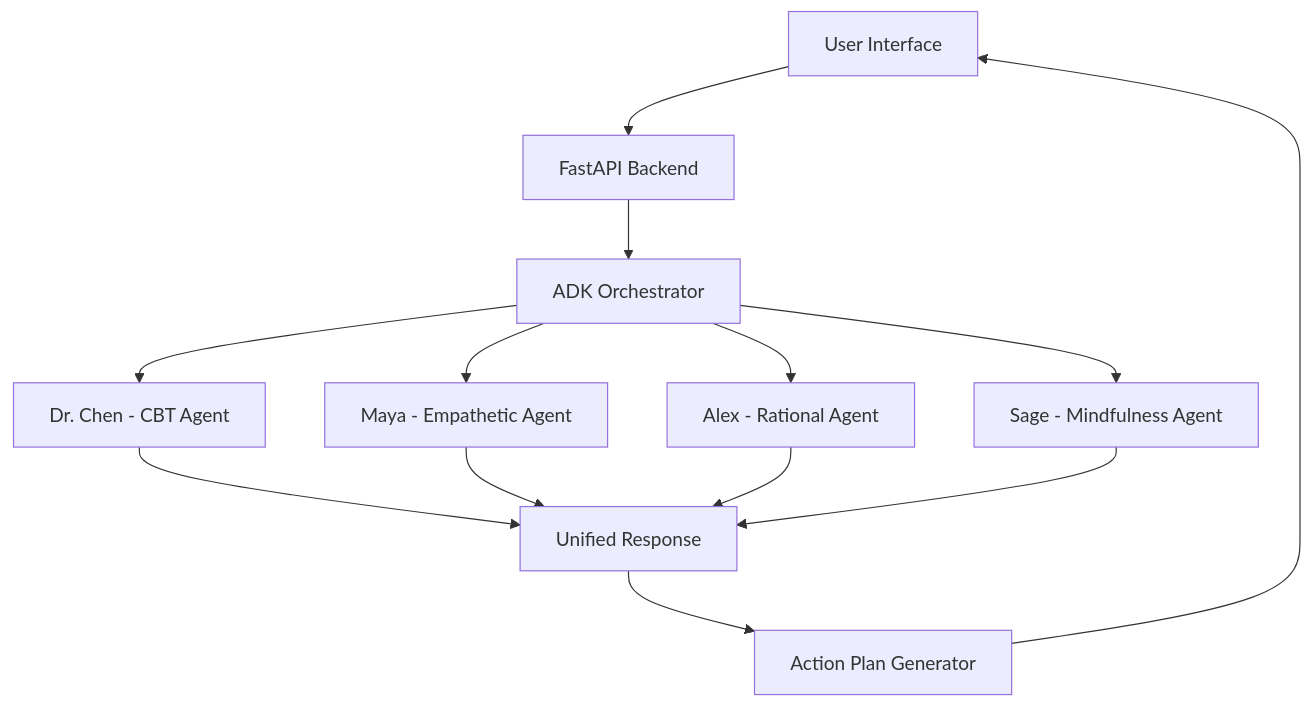
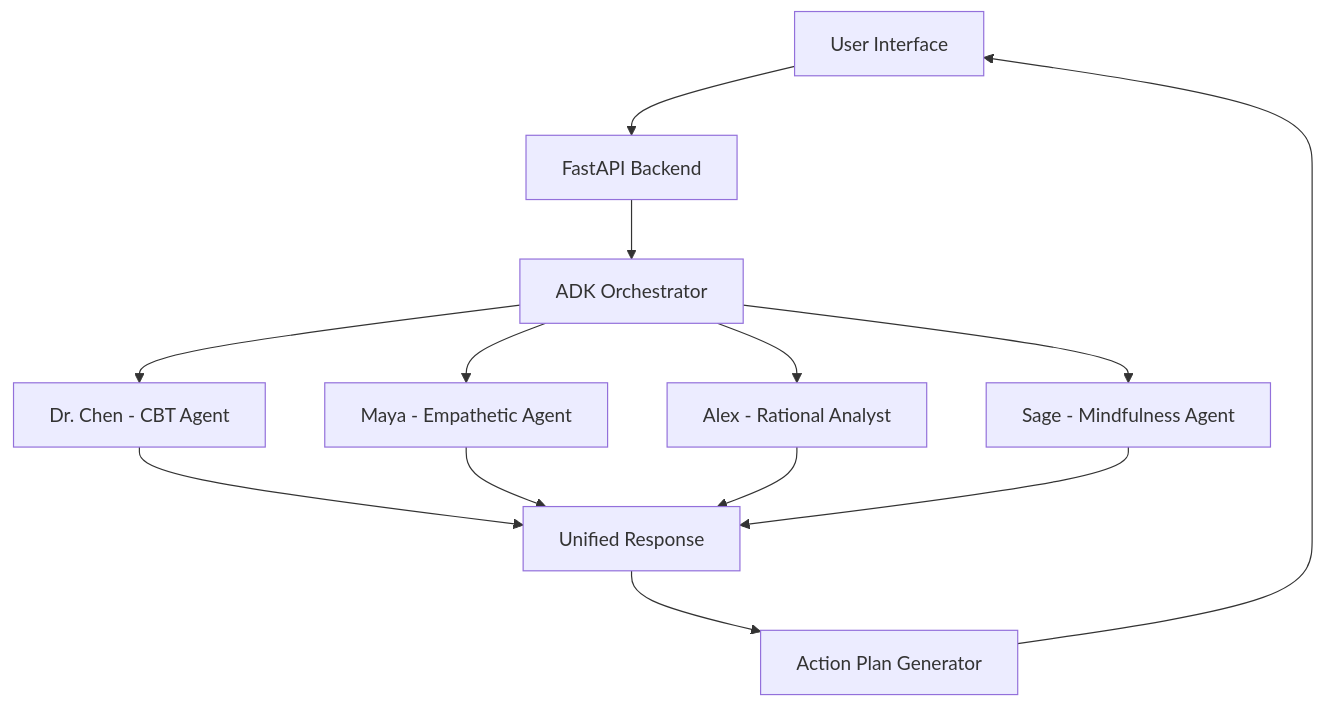
One commit to yuancx2025/hackDuke2025 changed the diagram in README.md. Above: the diagram before and after it, drawn with Mermaid. The commit also changed other lines of this file, not shown here.

````diff
--- a/README.md
+++ b/README.md
@@ -104,15 +102,15 @@
 ```mermaid
 graph TD
     User[User Interface] --> API[FastAPI Backend]
     API --> Orchestrator[ADK Orchestrator]
     Orchestrator --> CBT[Dr. Chen - CBT Agent]
     Orchestrator --> EMP[Maya - Empathetic Agent]
-    Orchestrator --> RAT[Alex - Rational Agent]
+    Orchestrator --> RAT[Alex - Rational Analyst]
     Orchestrator --> MIN[Sage - Mindfulness Agent]
     CBT --> Response[Unified Response]
     EMP --> Response
     RAT --> Response
     MIN --> Response
     Response --> ActionPlan[Action Plan Generator]
     ActionPlan --> User
 ```
````
